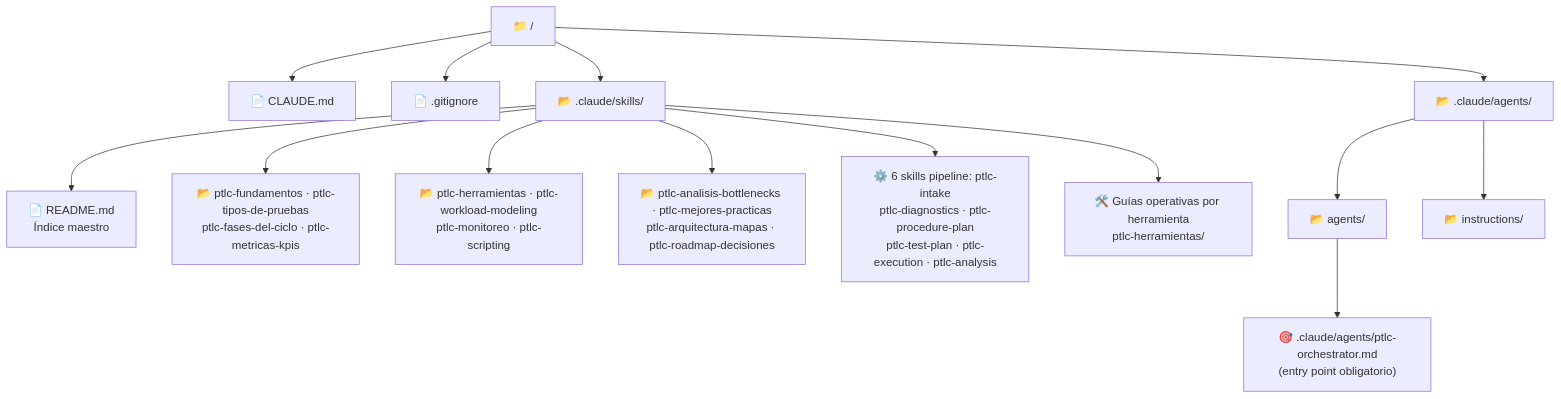
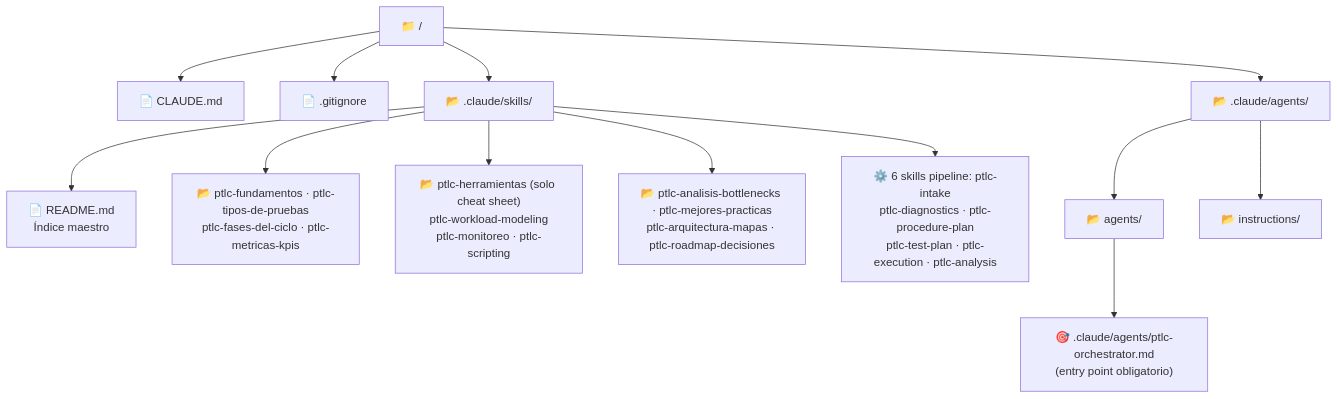
One commit to criquil/Intelligent_Performance_Test_Orchstrator changed the fifth of 6 diagrams in .claude/skills/ptlc-arquitectura-mapas/MAP.md. Above: the diagram before and after it, drawn with Mermaid. The commit also changed other lines of this file and 28 other files, not shown here.

````diff
--- a/.claude/skills/ptlc-arquitectura-mapas/MAP.md
+++ b/.claude/skills/ptlc-arquitectura-mapas/MAP.md
@@ -261,21 +254,20 @@
 ```mermaid
 graph TD
     ROOT["📁 /"]
 
     ROOT --> CLAUDE_F["📄 CLAUDE.md"]
     ROOT --> GIT_F["📄 .gitignore"]
     ROOT --> SK_ROOT_F["📂 .claude/skills/"]
     ROOT --> GH_F["📂 .claude/agents/"]
 
     SK_ROOT_F --> README_SK["📄 README.md\nÍndice maestro"]
     SK_ROOT_F --> K1["📂 ptlc-fundamentos · ptlc-tipos-de-pruebas\nptlc-fases-del-ciclo · ptlc-metricas-kpis"]
-    SK_ROOT_F --> K2["📂 ptlc-herramientas · ptlc-workload-modeling\nptlc-monitoreo · ptlc-scripting"]
+    SK_ROOT_F --> K2["📂 ptlc-herramientas (solo cheat sheet)\nptlc-workload-modeling\nptlc-monitoreo · ptlc-scripting"]
     SK_ROOT_F --> K3["📂 ptlc-analisis-bottlenecks · ptlc-mejores-practicas\nptlc-arquitectura-mapas · ptlc-roadmap-decisiones"]
     SK_ROOT_F --> K4["⚙️ 6 skills pipeline: ptlc-intake\nptlc-diagnostics · ptlc-procedure-plan\nptlc-test-plan · ptlc-execution · ptlc-analysis"]
-    SK_ROOT_F --> K5["🛠️ Guías operativas por herramienta\nptlc-herramientas/"]
 
     GH_F --> AG_F["📂 agents/"]
     GH_F --> INS_F["📂 instructions/"]
 
     AG_F --> PTLC_AG["🎯 .claude/agents/ptlc-orchestrator.md\n(entry point obligatorio)"]
 ```
````
